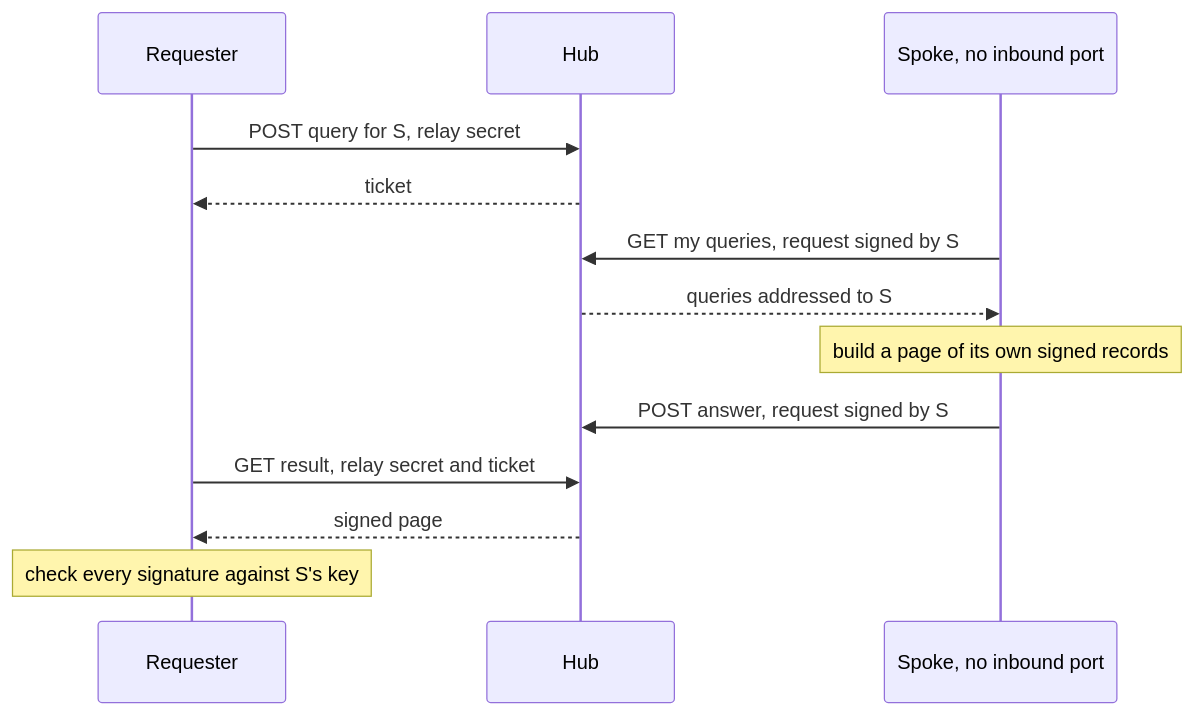
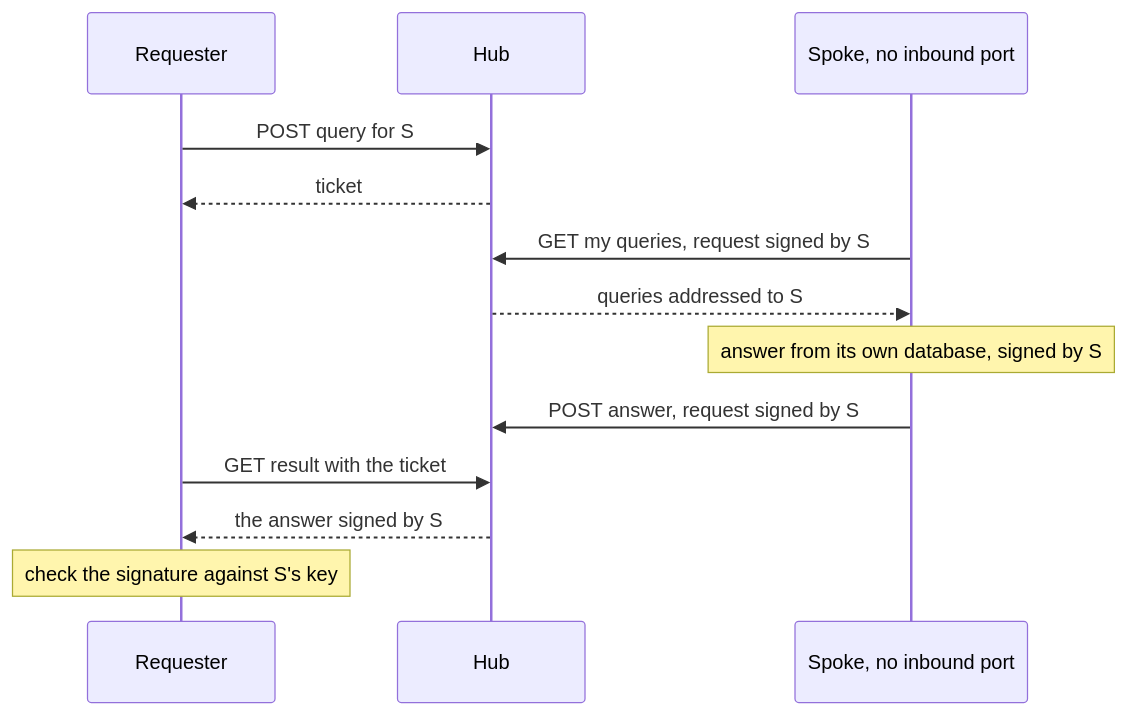
Before and after one commit to apachler/aprscaching: the fourth of 7 diagrams in docs/run/federation/transports.md, drawn with Mermaid. The commit also changed other lines of this file and 26 other files, not shown here.

First line of the commit message:
feat(federation): firewalled spokes confirm finds through their hub's relay, and spokes push every feed soon after a write (#338)

````diff
--- a/docs/run/federation/transports.md
+++ b/docs/run/federation/transports.md
@@ -168,15 +173,15 @@
 ```mermaid
 sequenceDiagram
   participant R as Requester
   participant H as Hub
   participant S as Spoke, no inbound port
-  R->>H: POST query for S, relay secret
+  R->>H: POST query for S
   H-->>R: ticket
   S->>H: GET my queries, request signed by S
   H-->>S: queries addressed to S
-  Note over S: build a page of its own signed records
+  Note over S: answer from its own database, signed by S
   S->>H: POST answer, request signed by S
-  R->>H: GET result, relay secret and ticket
-  H-->>R: signed page
-  Note over R: check every signature against S's key
+  R->>H: GET result with the ticket
+  H-->>R: the answer signed by S
+  Note over R: check the signature against S's key
 ```
````
